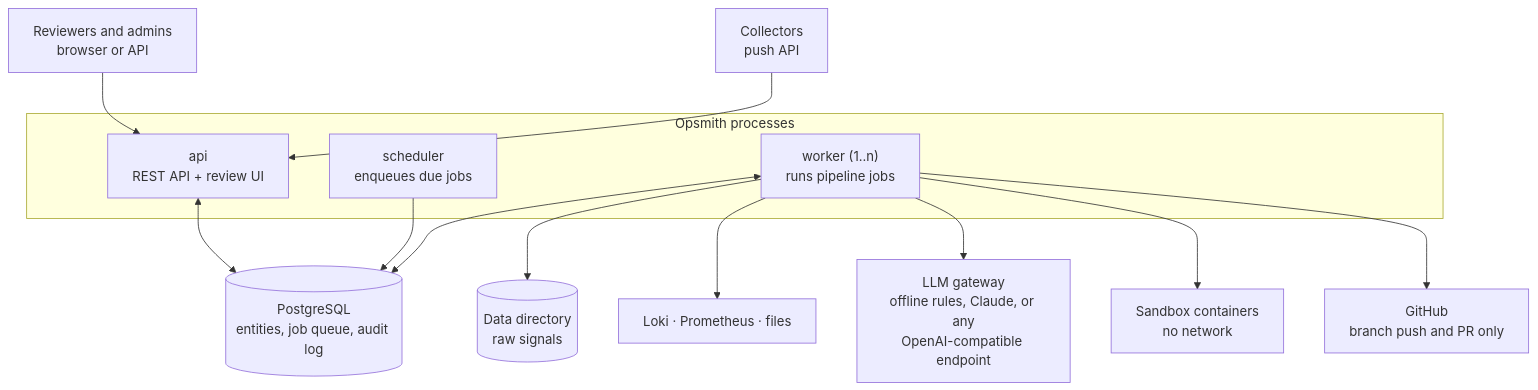
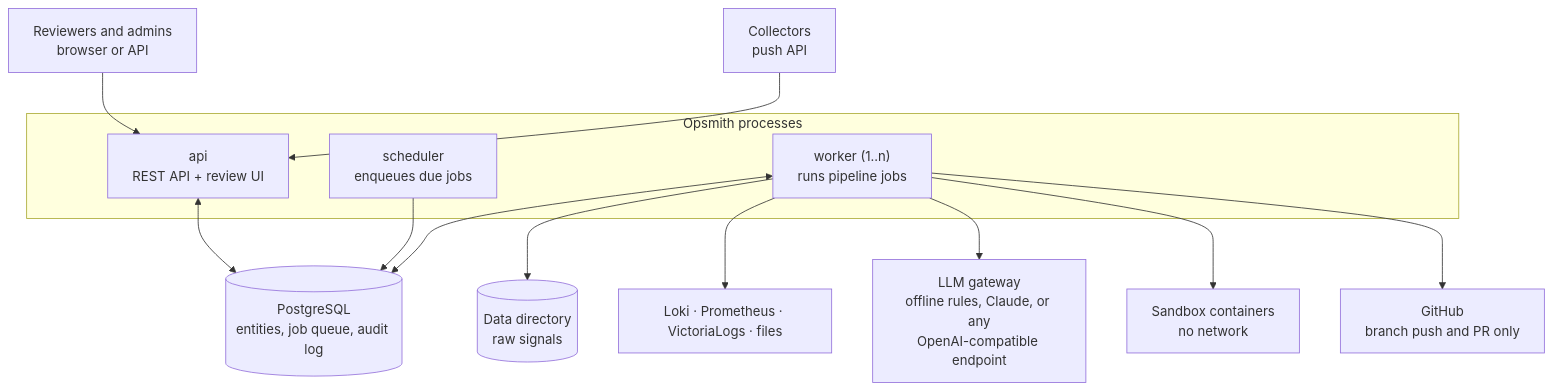
One commit to deadboyccc/Opsmith changed the first of 3 diagrams in docs/development/architecture.md. Above: the diagram before and after it, drawn with Mermaid. The commit also changed other lines of this file and 22 other files, not shown here.

````diff
--- a/docs/development/architecture.md
+++ b/docs/development/architecture.md
@@ -18,23 +18,23 @@
 ```mermaid
 flowchart TB
     USERS["Reviewers and admins<br/>browser or API"] --> API
     PUSH["Collectors<br/>push API"] --> API
 
     subgraph OPS["Opsmith processes"]
         API["api<br/>REST API + review UI"]
         SCHED["scheduler<br/>enqueues due jobs"]
         WORKER["worker (1..n)<br/>runs pipeline jobs"]
     end
 
     DB[("PostgreSQL<br/>entities, job queue, audit log")]
     OBJ[("Data directory<br/>raw signals")]
 
     API <--> DB
     SCHED --> DB
     WORKER <--> DB
     WORKER --> OBJ
-    WORKER --> SRC["Loki · Prometheus · files"]
+    WORKER --> SRC["Loki · Prometheus · VictoriaLogs · files"]
     WORKER --> LLM["LLM gateway<br/>offline rules, Claude, or any<br/>OpenAI-compatible endpoint"]
     WORKER --> SANDBOX["Sandbox containers<br/>no network"]
     WORKER --> GH["GitHub<br/>branch push and PR only"]
 ```
````
